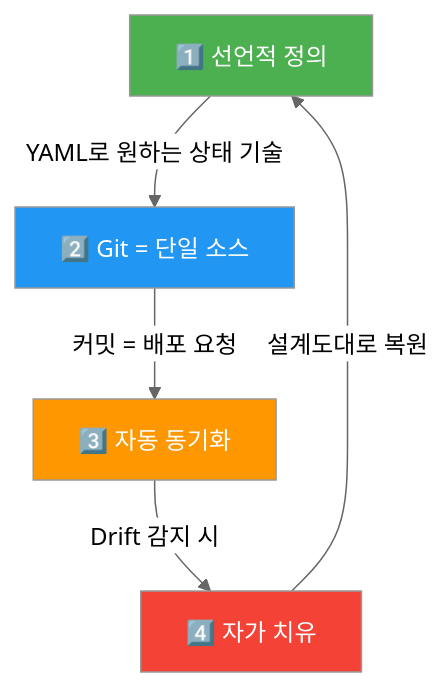
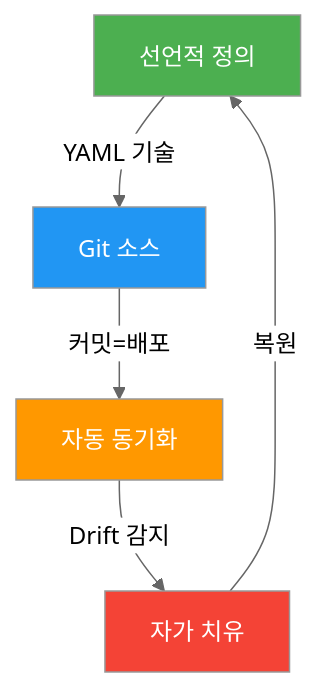
One commit to yjkim2015/yjkim2015.github.io changed the first of 7 diagrams in _posts/cicd/2026-05-03-gitops-argocd.md. Above: the diagram before and after it, drawn with Mermaid (neutral theme). The commit also changed other lines of this file and 155 other files, not shown here.

First line of the commit message:
Mermaid 전면 수정: subgraph 제거, participant/노드/줄수 축소 (342블록)

````diff
--- a/_posts/cicd/2026-05-03-gitops-argocd.md
+++ b/_posts/cicd/2026-05-03-gitops-argocd.md
@@ -28,15 +28,11 @@
 ```mermaid
 graph TD
-    P1["1️⃣ 선언적 정의"]
-    P2["2️⃣ Git = 단일 소스"]
-    P3["3️⃣ 자동 동기화"]
-    P4["4️⃣ 자가 치유"]
-    P1 -->|"YAML로 원하는 상태 기술"| P2
-    P2 -->|"커밋 = 배포 요청"| P3
-    P3 -->|"Drift 감지 시"| P4
-    P4 -->|"설계도대로 복원"| P1
+    P1["선언적 정의"] -->|"YAML 기술"| P2["Git 소스"]
+    P2 -->|"커밋=배포"| P3["자동 동기화"]
+    P3 -->|"Drift 감지"| P4["자가 치유"]
+    P4 -->|"복원"| P1
     style P1 fill:#4CAF50,color:#fff
     style P2 fill:#2196F3,color:#fff
     style P3 fill:#FF9800,color:#fff
     style P4 fill:#F44336,color:#fff
 ```
````
